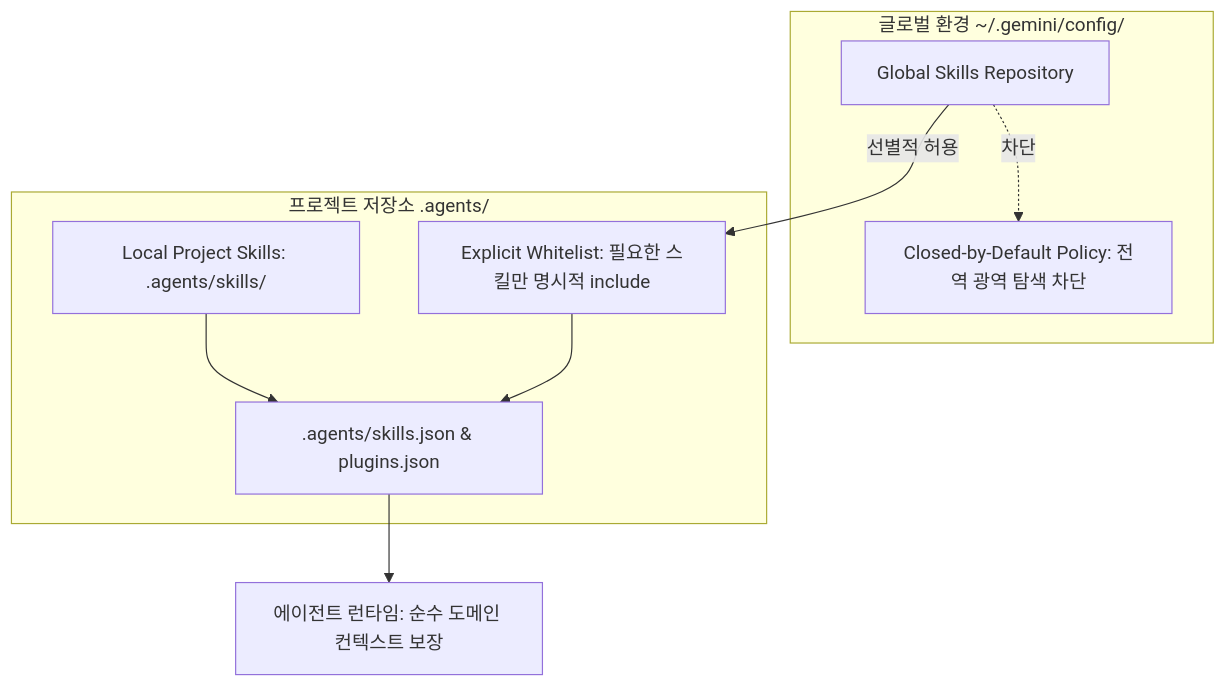
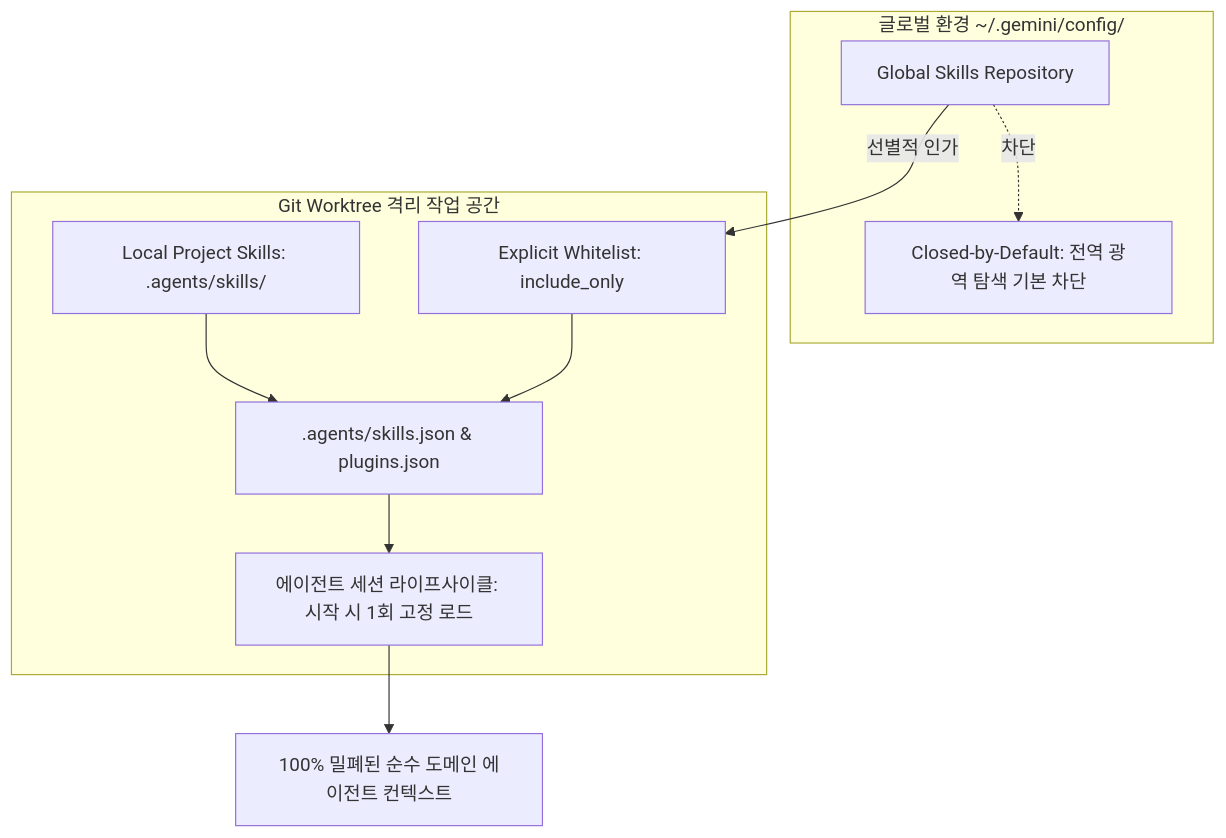
One commit to mineclover/oa-sdk changed the diagram in docs/spec-governance/agent-skill-governance-proposal.md. Above: the diagram before and after it, drawn with Mermaid. The commit also changed other lines of this file and 1 other file, not shown here.

Commit message:
docs(governance): formalize closed-by-default agent skill standard and worktree lifecycle specification

````diff
--- a/docs/spec-governance/agent-skill-governance-proposal.md
+++ b/docs/spec-governance/agent-skill-governance-proposal.md
@@ -30,19 +31,21 @@
 ```mermaid
 graph TD
     subgraph Global [글로벌 환경 ~/.gemini/config/]
         G_Skills[Global Skills Repository]
-        G_Block[Closed-by-Default Policy: 전역 광역 탐색 차단]
+        G_Block[Closed-by-Default: 전역 광역 탐색 기본 차단]
     end
 
-    subgraph Project [프로젝트 저장소 .agents/]
+    subgraph Worktree [Git Worktree 격리 작업 공간]
         P_Skills[Local Project Skills: .agents/skills/]
         P_Config[.agents/skills.json & plugins.json]
-        P_White[Explicit Whitelist: 필요한 스킬만 명시적 include]
+        P_White[Explicit Whitelist: include_only]
+        P_Session[에이전트 세션 라이프사이클: 시작 시 1회 고정 로드]
     end
 
     G_Skills -.차단.-> G_Block
-    G_Skills -->|선별적 허용| P_White
+    G_Skills -->|선별적 인가| P_White
     P_Skills --> P_Config
     P_White --> P_Config
-    P_Config --> Agent[에이전트 런타임: 순수 도메인 컨텍스트 보장]
+    P_Config --> P_Session
+    P_Session --> Agent[100% 밀폐된 순수 도메인 에이전트 컨텍스트]
 ```
````
